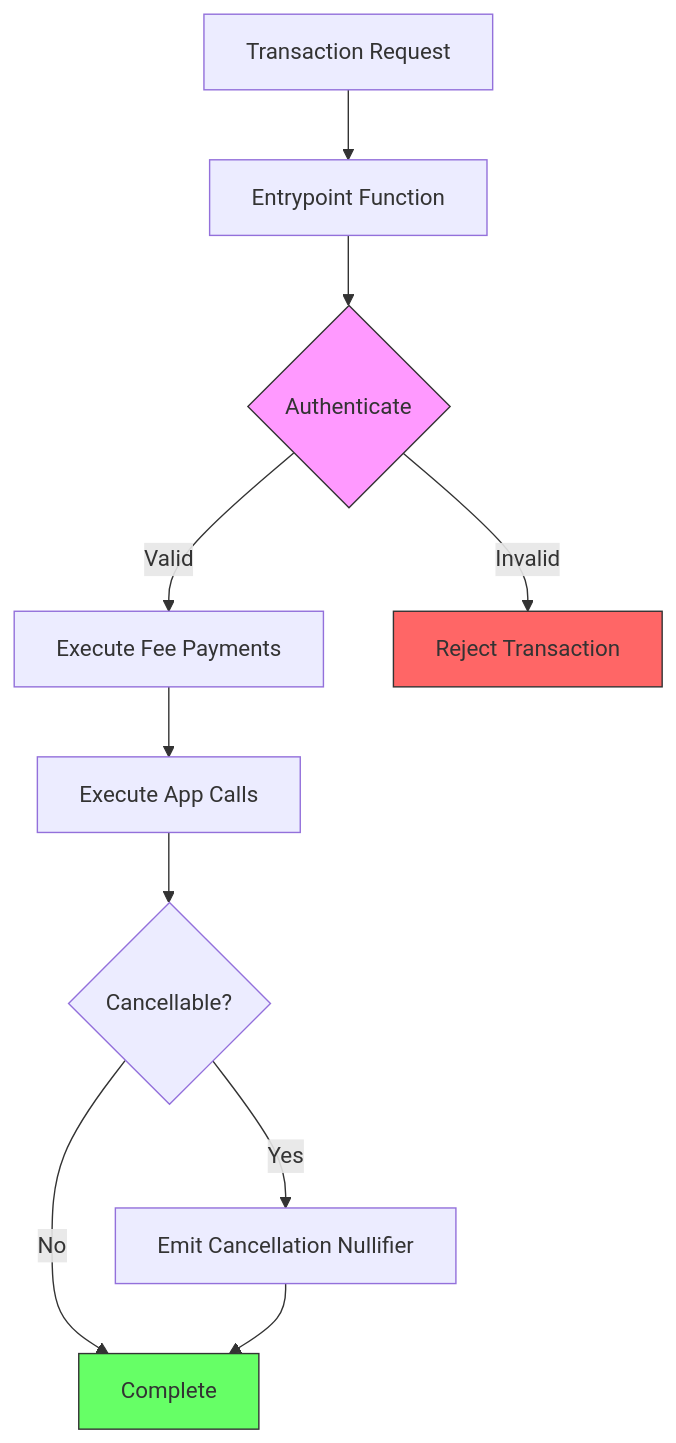
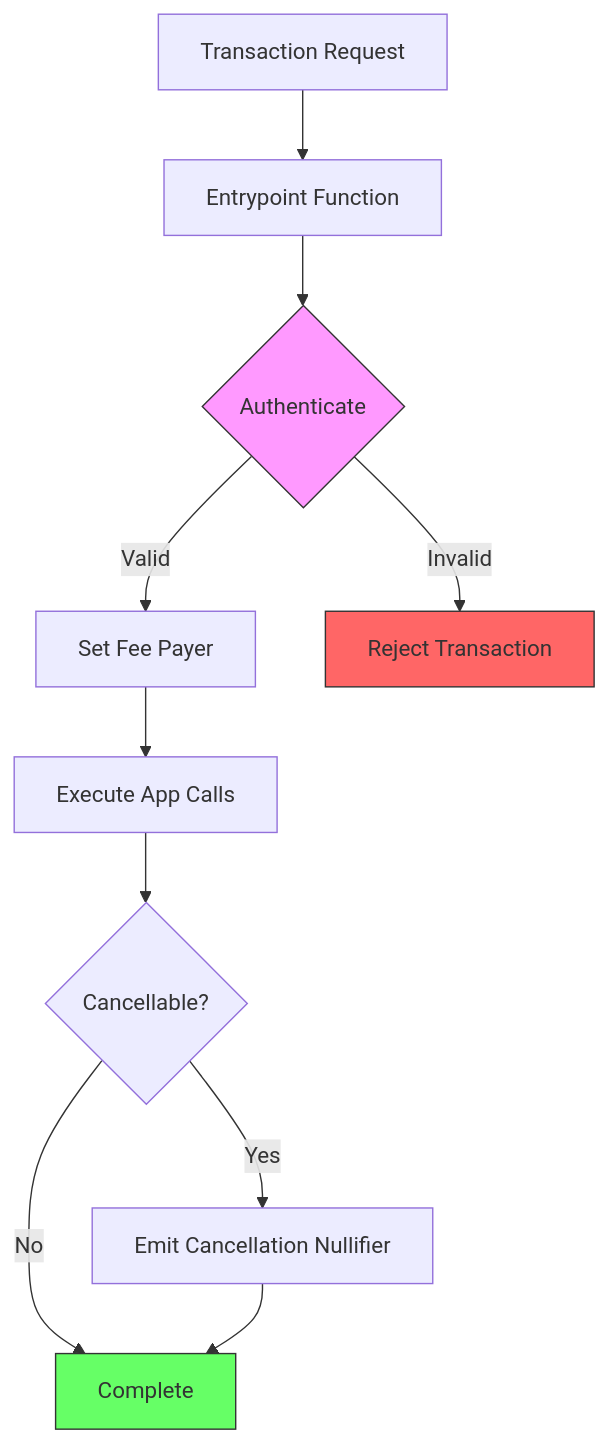
The second of 3 diagrams in docs/developer_versioned_docs/version-v3.0.0-devnet.5/docs/concepts/accounts/index.md (Forostovec/aztec-packages), drawn with Mermaid before and after one commit. The commit also changed other lines of this file and 36 other files, not shown here.

````diff
--- a/docs/developer_versioned_docs/version-v3.0.0-devnet.5/docs/concepts/accounts/index.md
+++ b/docs/developer_versioned_docs/version-v3.0.0-devnet.5/docs/concepts/accounts/index.md
@@ -93,16 +82,16 @@
 ```mermaid
 graph TD
     A[Transaction Request] --> B[Entrypoint Function]
     B --> C{Authenticate}
-    C -->|Valid| D[Execute Fee Payments]
+    C -->|Valid| D[Set Fee Payer]
     C -->|Invalid| E[Reject Transaction]
     D --> F[Execute App Calls]
     F --> G{Cancellable?}
     G -->|Yes| H[Emit Cancellation Nullifier]
     G -->|No| I[Complete]
     H --> I
 
     style C fill:#f9f,stroke:#333
     style E fill:#f66,stroke:#333
     style I fill:#6f6,stroke:#333
 ```
````
